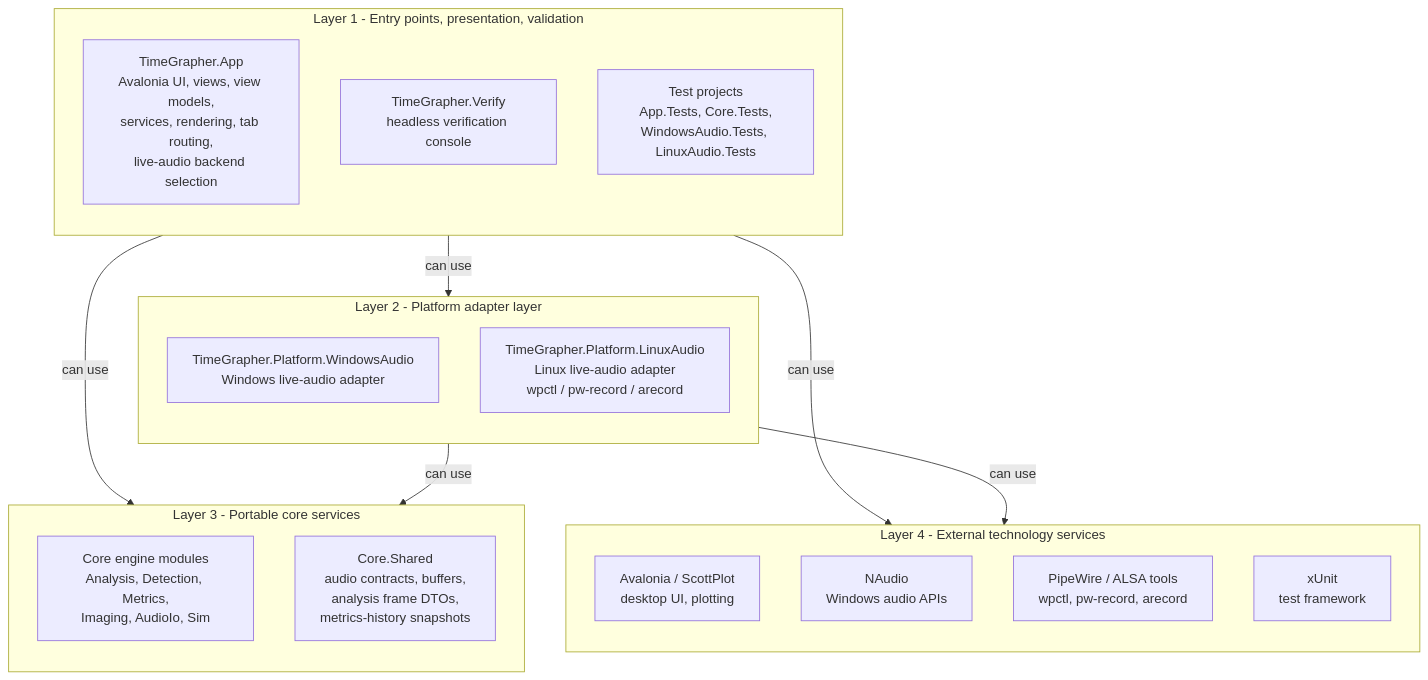
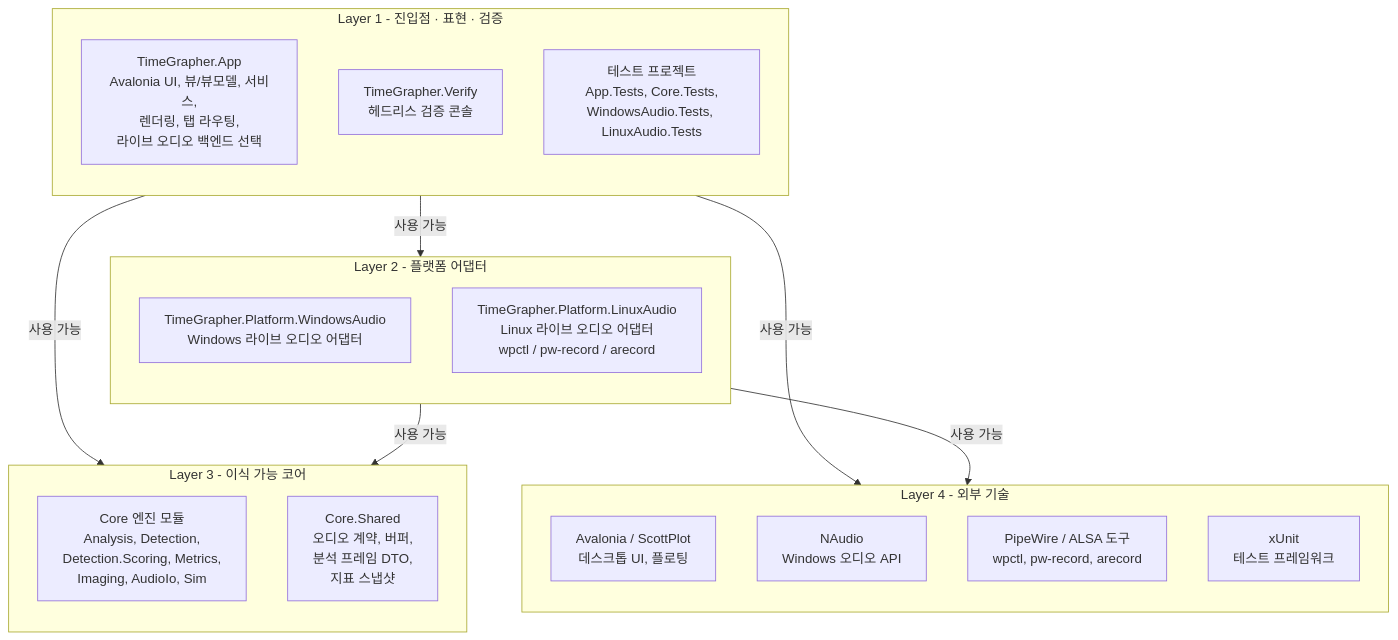
Before and after one commit to Jae-hong-5/TimeGrapher-Net: the diagram in docs/architecture/LAYERED_VIEW.md, drawn with Mermaid. The commit also changed other lines of this file and 4 other files, not shown here.

First line of the commit message:
docs(architecture): sync view diagrams to code and rewrite in Korean

````diff
--- a/docs/architecture/LAYERED_VIEW.md
+++ b/docs/architecture/LAYERED_VIEW.md
@@ -9,35 +9,35 @@
 ```mermaid
 flowchart TB
-    subgraph L1["Layer 1 - Entry points, presentation, validation"]
+    subgraph L1["Layer 1 - 진입점 · 표현 · 검증"]
         direction TB
-        App["TimeGrapher.App<br/>Avalonia UI, views, view models,<br/>services, rendering, tab routing,<br/>live-audio backend selection"]
-        Verify["TimeGrapher.Verify<br/>headless verification console"]
-        TestSuites["Test projects<br/>App.Tests, Core.Tests,<br/>WindowsAudio.Tests, LinuxAudio.Tests"]
+        App["TimeGrapher.App<br/>Avalonia UI, 뷰/뷰모델, 서비스,<br/>렌더링, 탭 라우팅,<br/>라이브 오디오 백엔드 선택"]
+        Verify["TimeGrapher.Verify<br/>헤드리스 검증 콘솔"]
+        TestSuites["테스트 프로젝트<br/>App.Tests, Core.Tests,<br/>WindowsAudio.Tests, LinuxAudio.Tests"]
     end
 
-    subgraph L2["Layer 2 - Platform adapter layer"]
+    subgraph L2["Layer 2 - 플랫폼 어댑터"]
         direction TB
-        WindowsAudio["TimeGrapher.Platform.WindowsAudio<br/>Windows live-audio adapter"]
-        LinuxAudio["TimeGrapher.Platform.LinuxAudio<br/>Linux live-audio adapter<br/>wpctl / pw-record / arecord"]
+        WindowsAudio["TimeGrapher.Platform.WindowsAudio<br/>Windows 라이브 오디오 어댑터"]
+        LinuxAudio["TimeGrapher.Platform.LinuxAudio<br/>Linux 라이브 오디오 어댑터<br/>wpctl / pw-record / arecord"]
     end
 
-    subgraph L3["Layer 3 - Portable core services"]
+    subgraph L3["Layer 3 - 이식 가능 코어"]
         direction TB
-        CoreEngine["Core engine modules<br/>Analysis, Detection, Metrics,<br/>Imaging, AudioIo, Sim"]
-        CoreContracts["Core.Shared<br/>audio contracts, buffers,<br/>analysis frame DTOs,<br/>metrics-history snapshots"]
+        CoreEngine["Core 엔진 모듈<br/>Analysis, Detection,<br/>Detection.Scoring, Metrics,<br/>Imaging, AudioIo, Sim"]
+        CoreContracts["Core.Shared<br/>오디오 계약, 버퍼,<br/>분석 프레임 DTO,<br/>지표 스냅샷"]
     end
 
-    subgraph L4["Layer 4 - External technology services"]
+    subgraph L4["Layer 4 - 외부 기술"]
         direction TB
-        UiLibraries["Avalonia / ScottPlot<br/>desktop UI, plotting"]
-        WindowsLibraries["NAudio<br/>Windows audio APIs"]
-        LinuxServices["PipeWire / ALSA tools<br/>wpctl, pw-record, arecord"]
-        TestFramework["xUnit<br/>test framework"]
+        UiLibraries["Avalonia / ScottPlot<br/>데스크톱 UI, 플로팅"]
+        WindowsLibraries["NAudio<br/>Windows 오디오 API"]
+        LinuxServices["PipeWire / ALSA 도구<br/>wpctl, pw-record, arecord"]
+        TestFramework["xUnit<br/>테스트 프레임워크"]
     end
 
-    L1 -- "can use" --> L2
-    L1 -- "can use" --> L3
-    L1 -- "can use" --> L4
-    L2 -- "can use" --> L3
-    L2 -- "can use" --> L4
+    L1 -- "사용 가능" --> L2
+    L1 -- "사용 가능" --> L3
+    L1 -- "사용 가능" --> L4
+    L2 -- "사용 가능" --> L3
+    L2 -- "사용 가능" --> L4
 ```
````
